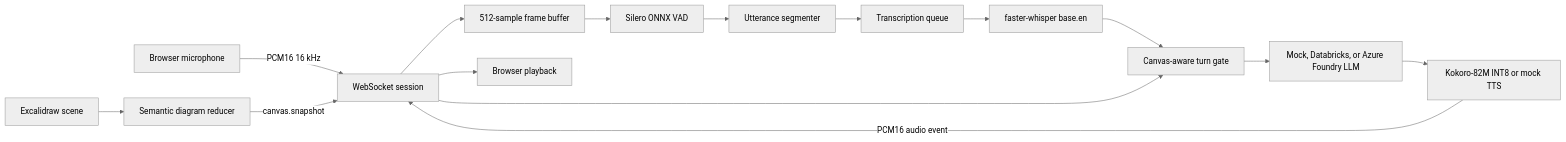
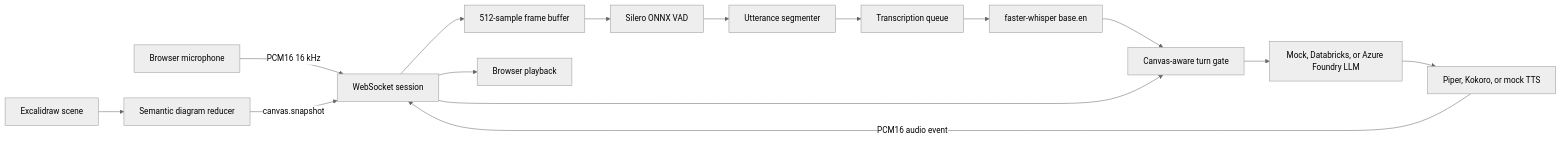
One commit to manupatel007/system-design-ai-interview changed the diagram in docs/VOICE_PIPELINE.md. Above: the diagram before and after it, drawn with Mermaid (neutral theme). The commit also changed other lines of this file and 28 other files, not shown here.

````diff
--- a/docs/VOICE_PIPELINE.md
+++ b/docs/VOICE_PIPELINE.md
@@ -22,17 +22,17 @@
 ```mermaid
 flowchart LR
     MIC[Browser microphone] -->|PCM16 16 kHz| WS[WebSocket session]
     CANVAS[Excalidraw scene] --> REDUCER[Semantic diagram reducer]
     REDUCER -->|canvas.snapshot| WS
     WS --> FRAMES[512-sample frame buffer]
     FRAMES --> VAD[Silero ONNX VAD]
     VAD --> SEGMENT[Utterance segmenter]
     SEGMENT --> QUEUE[Transcription queue]
     QUEUE --> STT[faster-whisper base.en]
     STT --> GATE[Canvas-aware turn gate]
     WS --> GATE
     GATE --> LLM[Mock, Databricks, or Azure Foundry LLM]
-    LLM --> TTS[Kokoro-82M INT8 or mock TTS]
+    LLM --> TTS[Piper, Kokoro, or mock TTS]
     TTS -->|PCM16 audio event| WS
     WS --> PLAYBACK[Browser playback]
 ```
````
